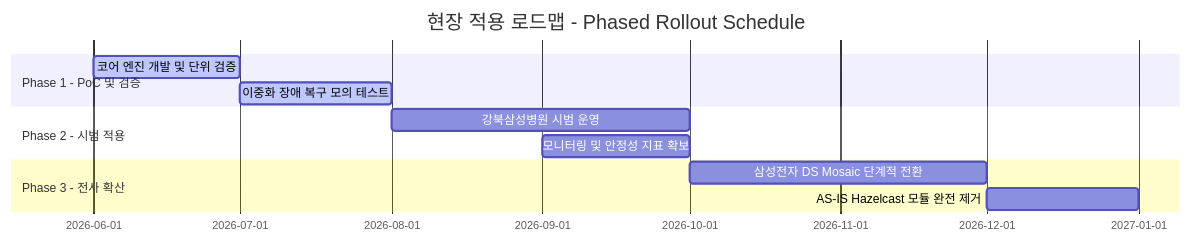
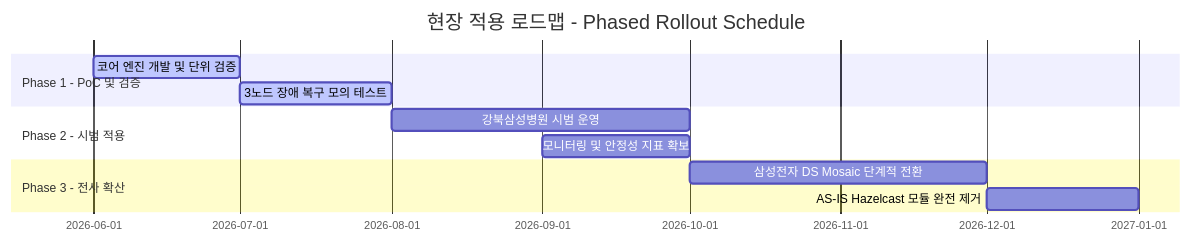
The diagram in ArchitectureSpecification/8. 현장 활용 계획.md (reddiana/a-cert), drawn with Mermaid before and after one commit. The commit also changed other lines of this file and 29 other files, not shown here.

````diff
--- a/ArchitectureSpecification/8. 현장 활용 계획.md
+++ b/ArchitectureSpecification/8. 현장 활용 계획.md
@@ -28,14 +30,14 @@
 ```mermaid
 gantt
     title 현장 적용 로드맵 - Phased Rollout Schedule
     dateFormat  YYYY-MM
     section Phase 1 - PoC 및 검증
     코어 엔진 개발 및 단위 검증     :active, p1, 2026-06, 2026-07
-    이중화 장애 복구 모의 테스트  :active, p2, 2026-07, 2026-08
+    3노드 장애 복구 모의 테스트  :active, p2, 2026-07, 2026-08
     section Phase 2 - 시범 적용
     강북삼성병원 시범 운영         :p3, 2026-08, 2026-10
     모니터링 및 안정성 지표 확보   :p4, 2026-09, 2026-10
     section Phase 3 - 전사 확산
     삼성전자 DS Mosaic 단계적 전환 :p5, 2026-10, 2026-12
     AS-IS Hazelcast 모듈 완전 제거 :p6, 2026-12, 2027-01
 ```
````
